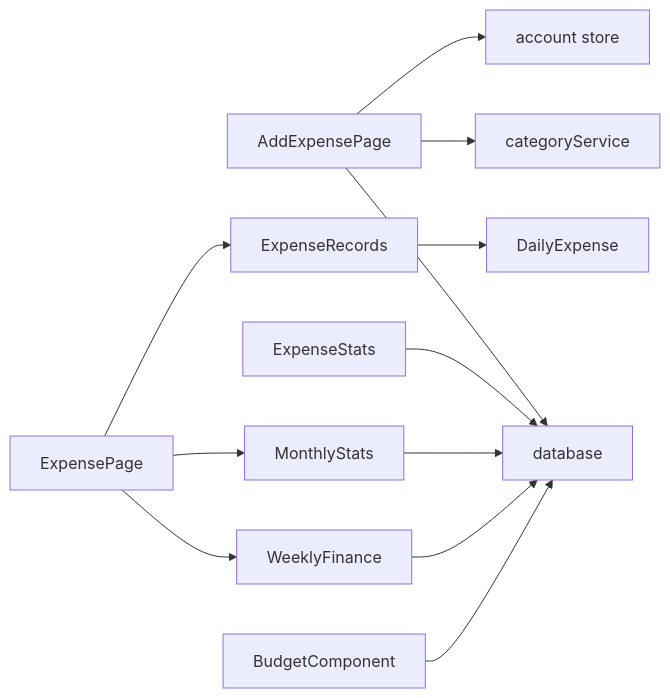
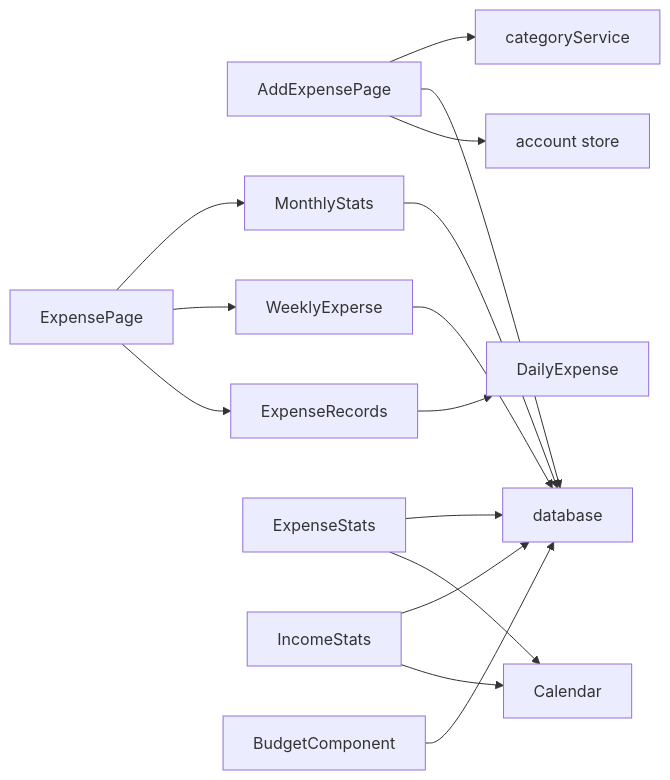
The ninth of 10 diagrams in .qoder/repowiki/zh/content/支出管理/支出管理.md (xiao-lin-unit/yuan), drawn with Mermaid before and after one commit. The commit also changed other lines of this file and 62 other files, not shown here.

````diff
--- a/.qoder/repowiki/zh/content/支出管理/支出管理.md
+++ b/.qoder/repowiki/zh/content/支出管理/支出管理.md
@@ -328,14 +359,17 @@
 ```mermaid
 graph LR
 AEP["AddExpensePage"] --> CS["categoryService"]
 AEP --> DB["database"]
 AEP --> AS["account store"]
 EP["ExpensePage"] --> MS["MonthlyStats"]
-EP --> WF["WeeklyFinance"]
+EP --> WE["WeeklyExperse"]
 EP --> ER["ExpenseRecords"]
 ER --> DE["DailyExpense"]
 ES["ExpenseStats"] --> DB
+ES --> CAL["Calendar"]
+IS["IncomeStats"] --> DB
+IS --> CAL
+WE --> DB
 MS --> DB
-WF --> DB
 BC["BudgetComponent"] --> DB
 ```
````
